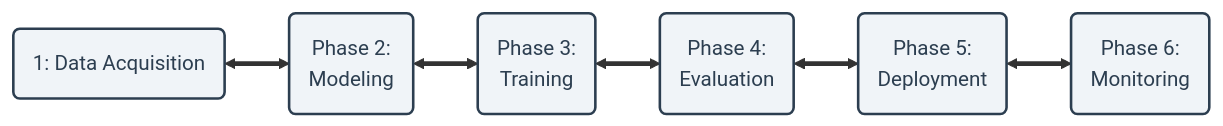
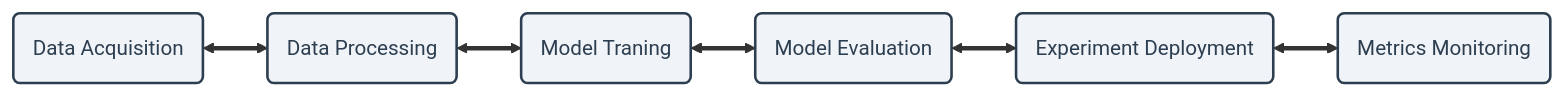
The diagram in docs/index.md (vinnylg/leafletslm), drawn with Mermaid before and after one commit. The commit also changed 8 other files, not shown here.

````diff
--- a/docs/index.md
+++ b/docs/index.md
@@ -29,23 +29,23 @@
 ```mermaid
 flowchart LR
 
     classDef phase fill:#f0f4f8,stroke:#2c3e50,stroke-width:2px,color:#2c3e50;
 
-    P1(1: Data Acquisition):::phase
-    P2(Phase 2:<br/>Modeling):::phase
-    P3(Phase 3:<br/>Training):::phase
-    P4(Phase 4:<br/>Evaluation):::phase
-    P5(Phase 5:<br/>Deployment):::phase
-    P6(Phase 6:<br/>Monitoring):::phase
+    P1(Data Acquisition):::phase
+    P2(Data Processing):::phase
+    P3(Model Traning):::phase
+    P4(Model Evaluation):::phase
+    P5(Experiment Deployment):::phase
+    P6(Metrics Monitoring):::phase
 
     P1 <==> P2 <==> P3 <==> P4 <==> P5 <==> P6
 
     click P1 "architecture/roadmap/#data-acquisition-and-preparation-etl" "Go to Phase 1: Acquisition"
     click P2 "architecture/roadmap/#modeling-and-system-design" "Go to Phase 2: Modeling"
     click P3 "architecture/roadmap/#training-and-optimization" "Go to Phase 3: Training"
     click P4 "architecture/roadmap/#evaluation-and-validation" "Go to Phase 4: Evaluation"
     click P5 "architecture/roadmap/#deployment" "Go to Phase 5: Deployment"
     click P6 "architecture/roadmap/#monitoring-and-continuous-improvement" "Go to Phase 6: Monitoring"
 
 
 ```
````
